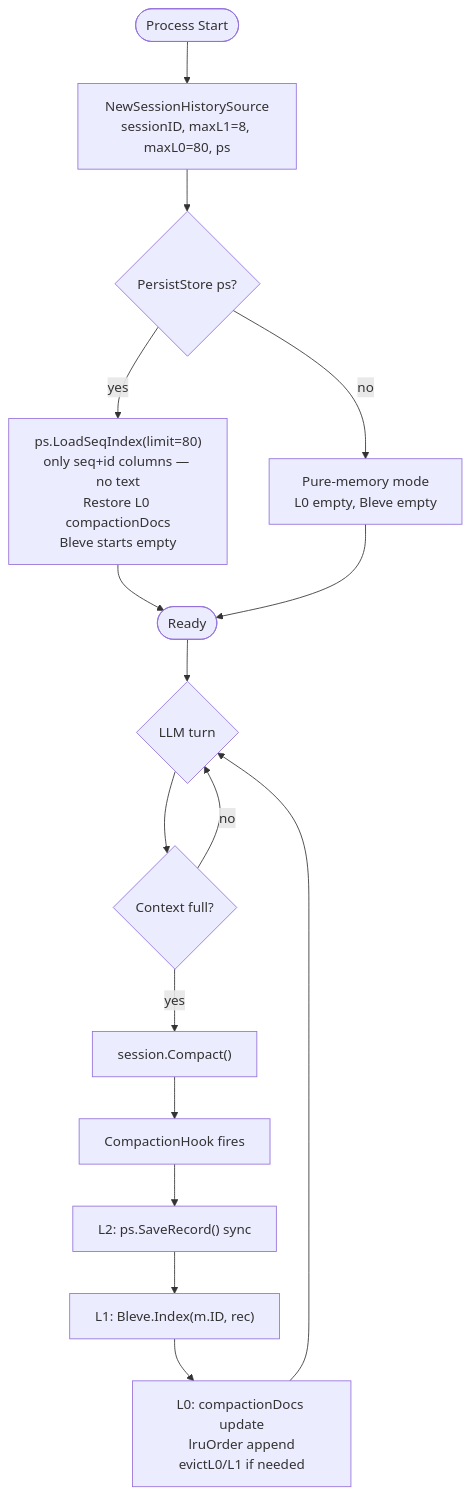
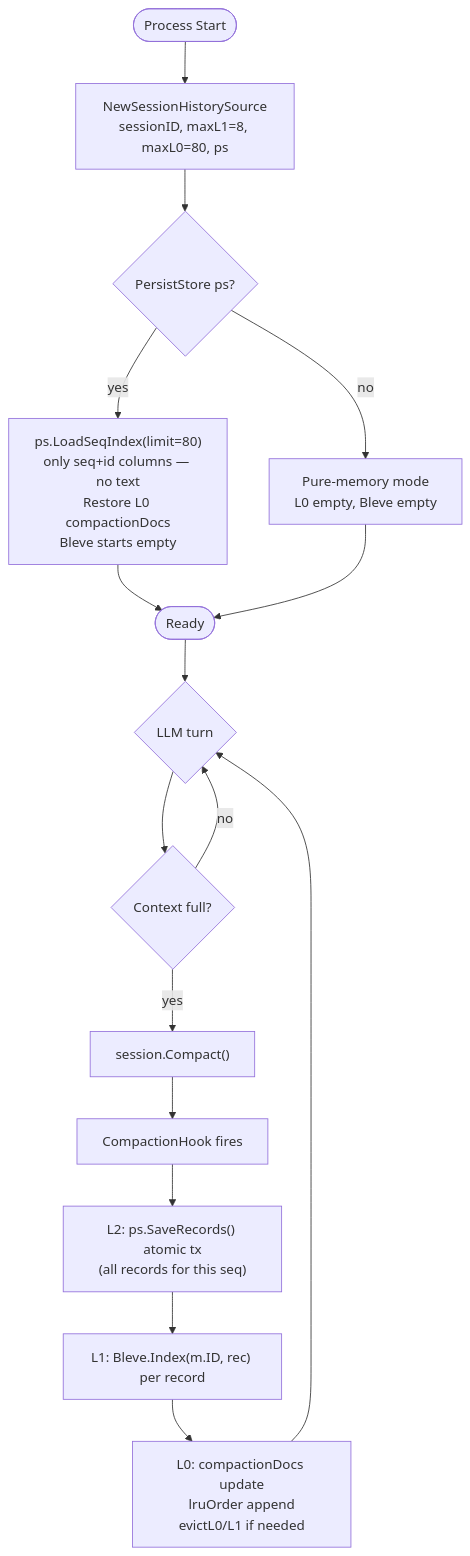
Before and after one commit to larryhou/llm-go: the fourth of 6 diagrams in .opencode/skills/knowledge/SKILL.md, drawn with Mermaid. The commit also changed other lines of this file and 9 other files, not shown here.

````diff
--- a/.opencode/skills/knowledge/SKILL.md
+++ b/.opencode/skills/knowledge/SKILL.md
@@ -209,19 +209,19 @@
 ```mermaid
 flowchart TD
     A([Process Start]) --> B["NewSessionHistorySource\nsessionID, maxL1=8, maxL0=80, ps"]
     B --> C{PersistStore ps?}
     C -- yes --> D["ps.LoadSeqIndex(limit=80)\nonly seq+id columns — no text\nRestore L0 compactionDocs\nBleve starts empty"]
     C -- no --> E["Pure-memory mode\nL0 empty, Bleve empty"]
     D --> G([Ready])
     E --> G
 
     G --> H{LLM turn}
     H --> I{Context full?}
     I -- no --> H
     I -- yes --> J["session.Compact()"]
     J --> K["CompactionHook fires"]
-    K --> L["L2: ps.SaveRecord() sync"]
-    L --> M["L1: Bleve.Index(m.ID, rec)"]
+    K --> L["L2: ps.SaveRecords() atomic tx\n(all records for this seq)"]
+    L --> M["L1: Bleve.Index(m.ID, rec) per record"]
     M --> N["L0: compactionDocs update\nlruOrder append\nevictL0/L1 if needed"]
     N --> H
 ```
````
